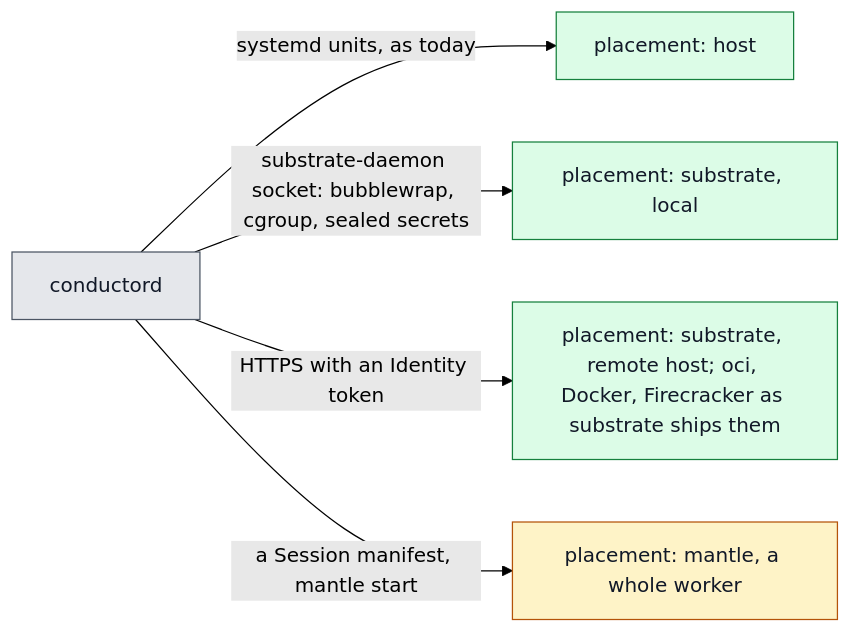
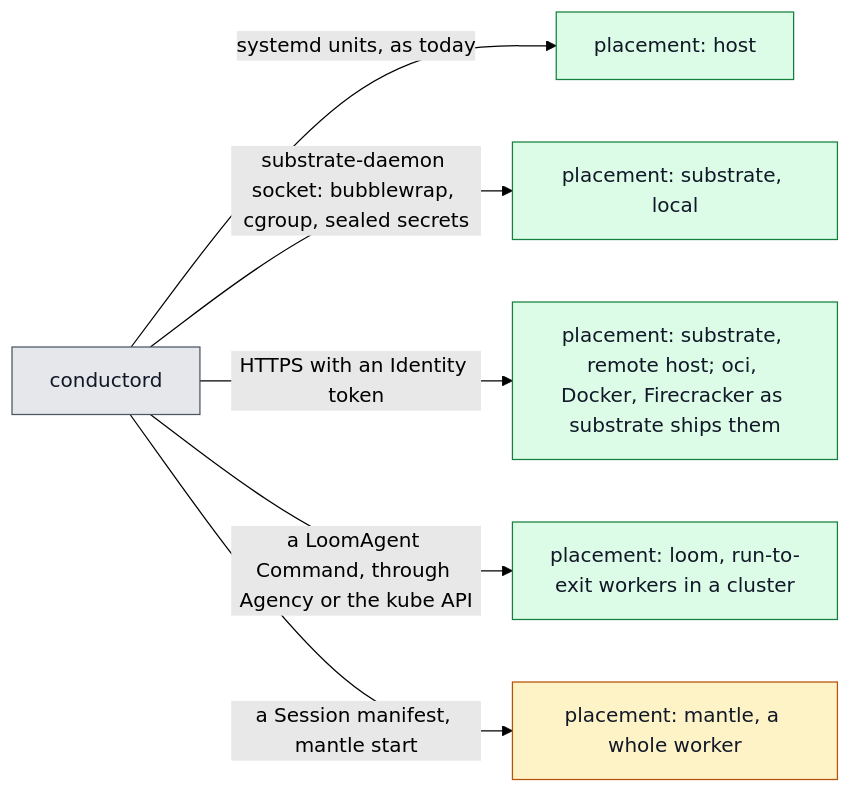
Before and after one commit to beyond10x/conductor: the seventh of 12 diagrams in website/docs/concepts/architecture.md, drawn with Mermaid (forest theme). The commit also changed other lines of this file and 4 other files, not shown here.

First line of the commit message:
design: align the next architecture with the atlas ADRs, loom, takt and mantle

````diff
--- a/website/docs/concepts/architecture.md
+++ b/website/docs/concepts/architecture.md
@@ -388,11 +391,12 @@
 ```mermaid
 flowchart LR
   classDef nomodel fill:#e5e7eb,stroke:#4b5563,color:#111827
   classDef model fill:#dcfce7,stroke:#15803d,color:#111827
   classDef custom fill:#fef3c7,stroke:#b45309,color:#111827
   d["conductord"]:::nomodel
   d -->|systemd units, as today| h["placement: host"]:::model
   d -->|substrate-daemon socket: bubblewrap, cgroup, sealed secrets| sl["placement: substrate, local"]:::model
   d -->|HTTPS with an Identity token| sr["placement: substrate, remote host; oci, Docker, Firecracker as substrate ships them"]:::model
+  d -->|a LoomAgent Command, through Agency or the kube API| lo["placement: loom, run-to-exit workers in a cluster"]:::model
   d -->|a Session manifest, mantle start| m["placement: mantle, a whole worker"]:::custom
 ```
````
